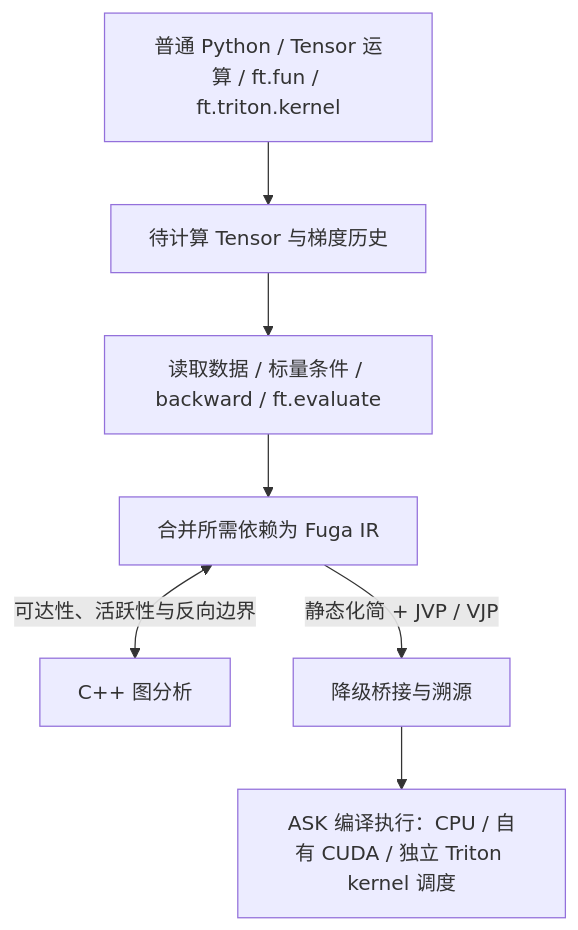
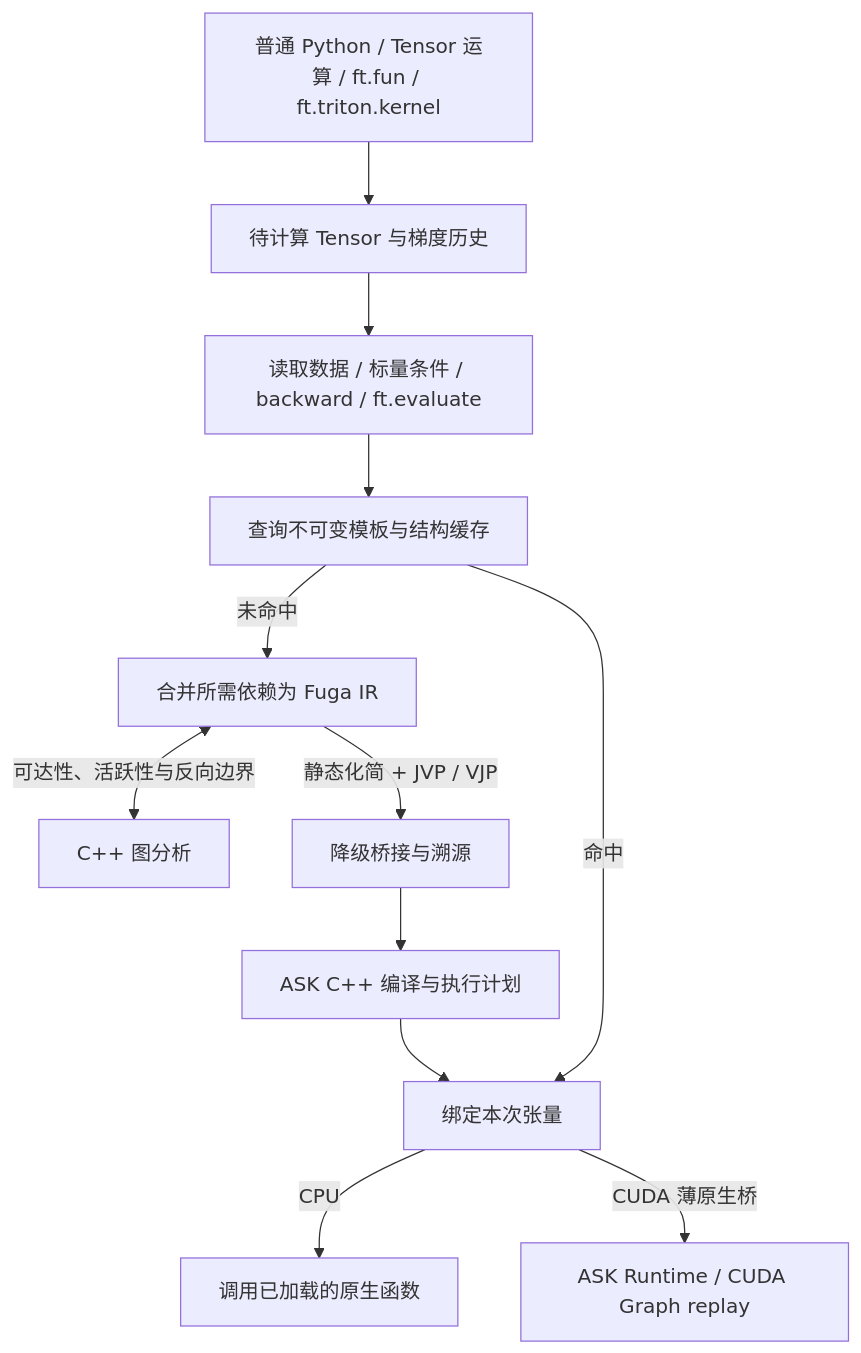
One commit to fugatensor/fugatensor changed the diagram in docs/architecture/README.md. Above: the diagram before and after it, drawn with Mermaid. The commit also changed other lines of this file and 65 other files, not shown here.

First line of the commit message:
直连 ASK C++ SDK 并复用原生 Graph 执行与图模板缓存

````diff
--- a/docs/architecture/README.md
+++ b/docs/architecture/README.md
@@ -7,9 +7,14 @@
 ```mermaid
 flowchart TD
     User["普通 Python / Tensor 运算 / ft.fun / ft.triton.kernel"] --> Pending["待计算 Tensor 与梯度历史"]
     Pending --> Boundary["读取数据 / 标量条件 / backward / ft.evaluate"]
-    Boundary --> FugaIR["合并所需依赖为 Fuga IR"]
+    Boundary --> Cache["查询不可变模板与结构缓存"]
+    Cache -->|"未命中"| FugaIR["合并所需依赖为 Fuga IR"]
     FugaIR <-->|"可达性、活跃性与反向边界"| NativeCPP["C++ 图分析"]
     FugaIR -->|"静态化简 + JVP / VJP"| Lower["降级桥接与溯源"]
-    Lower --> ASK["ASK 编译执行：CPU / 自有 CUDA / 独立 Triton kernel 调度"]
+    Lower --> ASK["ASK C++ 编译与执行计划"]
+    Cache -->|"命中"| Execute["绑定本次张量"]
+    ASK --> Execute
+    Execute -->|"CPU"| Host["调用已加载的原生函数"]
+    Execute -->|"CUDA 薄原生桥"| Runtime["ASK Runtime / CUDA Graph replay"]
 ```
````
